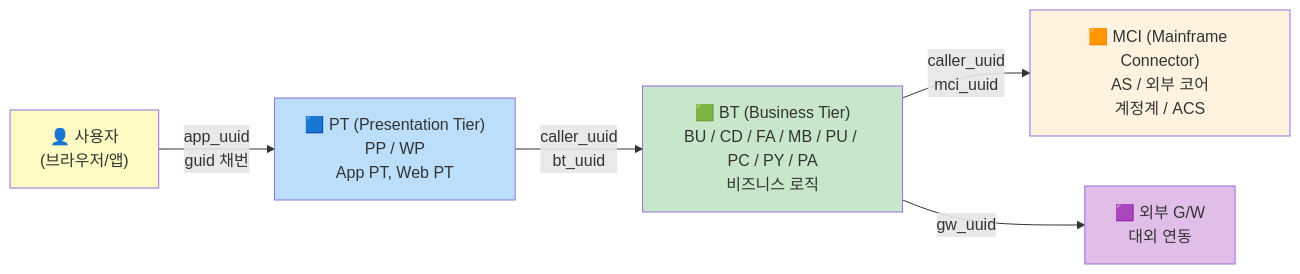
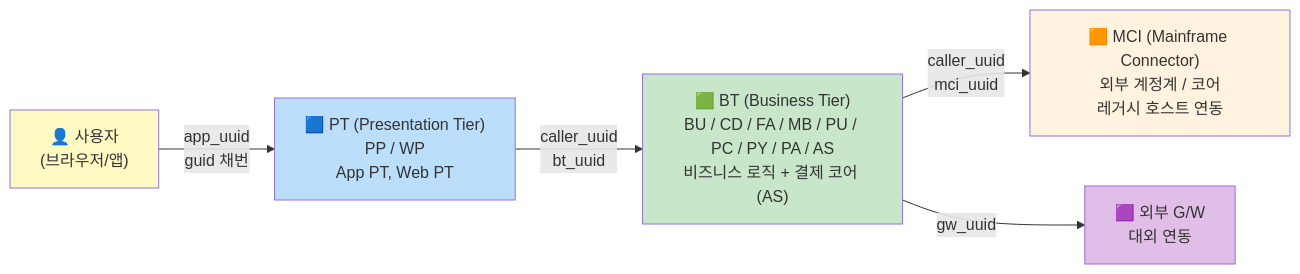
Before and after one commit to corollazer0/elk-learning: the first of 3 diagrams in docs/99-tier-tracing.md, drawn with Mermaid. The commit also changed other lines of this file and 2 other files, not shown here.

First line of the commit message:
docs: AS(ACS)를 MCI에서 BT 계층으로 정정 — 11 MSA = BT 9 + PT 2

````diff
--- a/docs/99-tier-tracing.md
+++ b/docs/99-tier-tracing.md
@@ -12,19 +12,19 @@
 ```mermaid
 flowchart LR
     User["👤 사용자<br/>(브라우저/앱)"]
     PT["🟦 PT (Presentation Tier)<br/>PP / WP<br/>App PT, Web PT"]
-    BT["🟩 BT (Business Tier)<br/>BU / CD / FA / MB / PU / PC / PY / PA<br/>비즈니스 로직"]
-    MCI["🟧 MCI (Mainframe Connector)<br/>AS / 외부 코어<br/>계정계 / ACS"]
+    BT["🟩 BT (Business Tier)<br/>BU / CD / FA / MB / PU / PC / PY / PA / AS<br/>비즈니스 로직 + 결제 코어 (AS)"]
+    MCI["🟧 MCI (Mainframe Connector)<br/>외부 계정계 / 코어<br/>레거시 호스트 연동"]
     GW["🟪 외부 G/W<br/>대외 연동"]
 
     User -->|"app_uuid<br/>guid 채번"| PT
     PT -->|"caller_uuid<br/>bt_uuid"| BT
     BT -->|"caller_uuid<br/>mci_uuid"| MCI
     BT -->|"gw_uuid"| GW
 
     style User fill:#fff9c4
     style PT fill:#bbdefb
     style BT fill:#c8e6c9
     style MCI fill:#fff3e0
     style GW fill:#e1bee7
 ```
````
